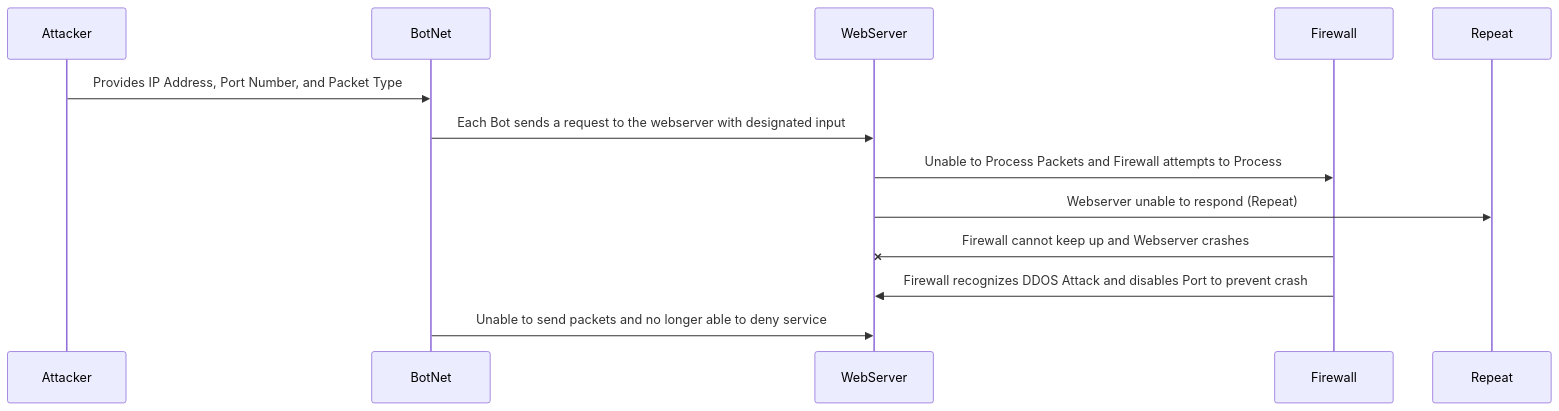
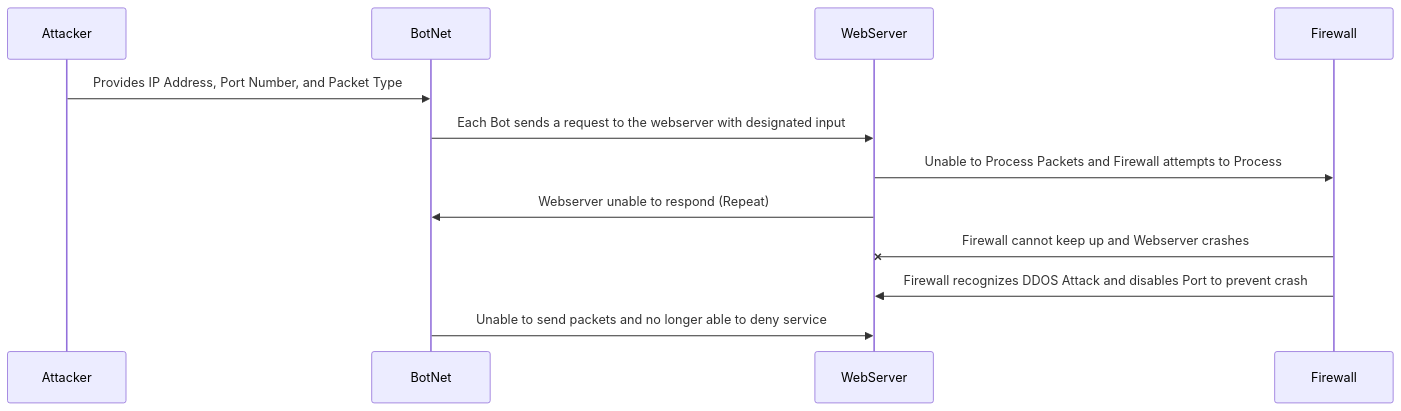
One commit to JrJennings-Edu/JrJennings.github.io changed the diagram in Mermaid Diagram/DDOS_Attack_Sequence.md. Above: the diagram before and after it, drawn with Mermaid.

Commit message:
Update DDOS_Attack_Sequence.md
Removed Accidental participant Repeat / Replaced with BotNet

````diff
--- a/Mermaid Diagram/DDOS_Attack_Sequence.md
+++ b/Mermaid Diagram/DDOS_Attack_Sequence.md
@@ -1,15 +1,15 @@
 ```mermaid
 sequenceDiagram
 participant Attacker
 participant BotNet
 participant WebServer
 participant Firewall
 
 	Attacker ->> BotNet: Provides IP Address, Port Number, and Packet Type
 	BotNet ->> WebServer: Each Bot sends a request to the webserver with designated input
 	WebServer ->> Firewall: Unable to Process Packets and Firewall attempts to Process
-	WebServer ->> Repeat: Webserver unable to respond (Repeat)
+	WebServer ->> BotNet: Webserver unable to respond (Repeat)
 	Firewall -x WebServer: Firewall cannot keep up and Webserver crashes
 	Firewall ->> WebServer: Firewall recognizes DDOS Attack and disables Port to prevent crash
 	BotNet ->> WebServer: Unable to send packets and no longer able to deny service
 ```
````
